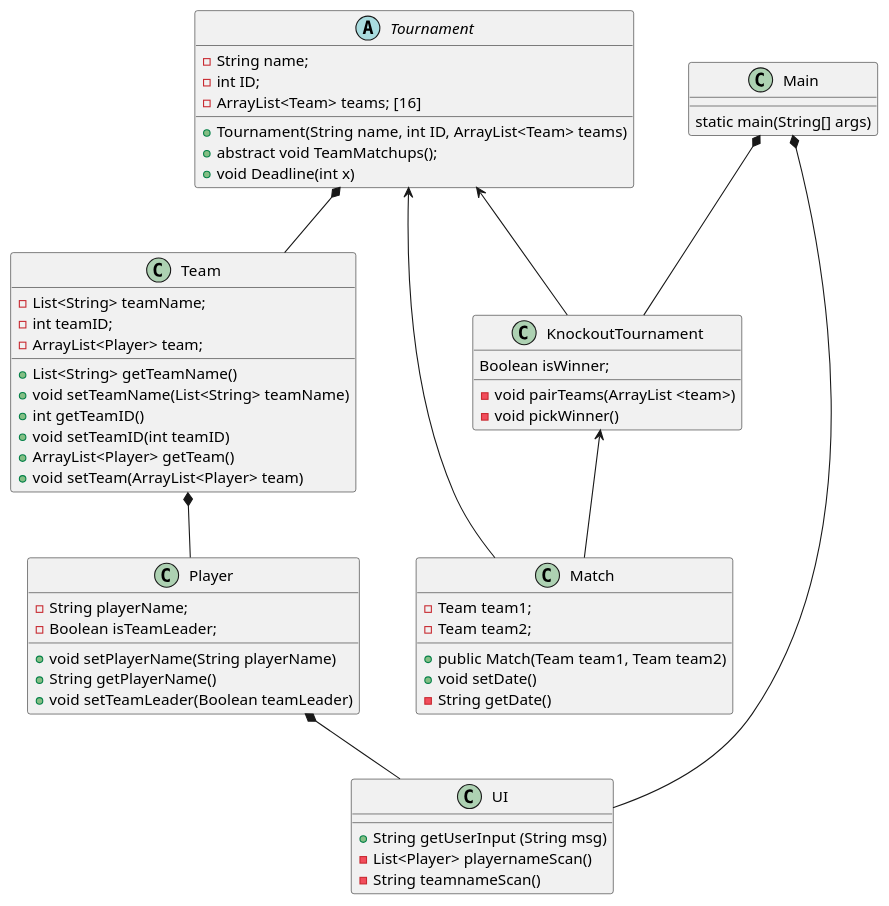
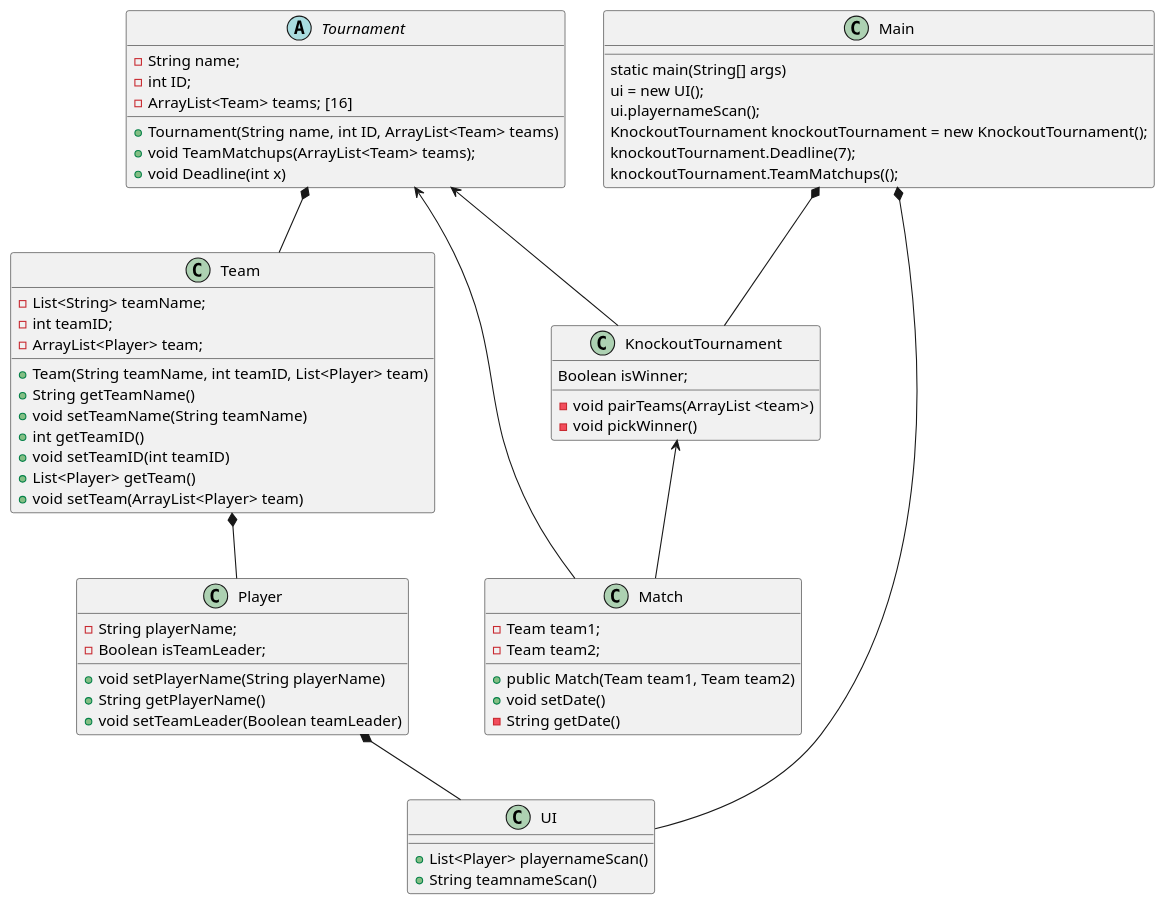
Before and after one commit to SimonLyng/SP3: the diagram in SP3/src/UML/SP3 klasseDiagram.puml, drawn with PlantUML. The commit also changed 8 other files, not shown here.

```diff
--- a/SP3/src/UML/SP3 klasseDiagram.puml
+++ b/SP3/src/UML/SP3 klasseDiagram.puml
@@ -1,70 +1,76 @@
 @startuml
 'https://plantuml.com/class-diagram
 
 Tournament<--KnockoutTournament
 Team*--Player
 Tournament*--Team
 Player*-- UI
 Main*--KnockoutTournament
 KnockoutTournament<-- Match
 Tournament<-- Match
 Main*-- UI
 
 class Player{
 - String playerName;
  -Boolean isTeamLeader;
  +void setPlayerName(String playerName)
  +String getPlayerName()
  +void setTeamLeader(Boolean teamLeader)
 
 }
 
 class Team{
 -List<String> teamName;
 -int teamID;
 -ArrayList<Player> team;
-+List<String> getTeamName()
-+void setTeamName(List<String> teamName)
++Team(String teamName, int teamID, List<Player> team)
++String getTeamName()
++void setTeamName(String teamName)
 +int getTeamID()
 +void setTeamID(int teamID)
-+ArrayList<Player> getTeam()
-+void setTeam(ArrayList<Player> team)
+ +List<Player> getTeam()
+ +void setTeam(ArrayList<Player> team)
 }
 
 abstract class Tournament {
 -String name;
 -int ID;
 -ArrayList<Team> teams; [16]
 +Tournament(String name, int ID, ArrayList<Team> teams)
-+abstract void TeamMatchups();
++ void TeamMatchups(ArrayList<Team> teams);
  +void Deadline(int x)
 
 
 }
 
 class KnockoutTournament {
 Boolean isWinner;
 - void pairTeams(ArrayList <team>)
 -void pickWinner()
 }
 
 class UI {
-+String getUserInput (String msg)
--List<Player> playernameScan()
--String teamnameScan()
++List<Player> playernameScan()
++String teamnameScan()
 }
 
 class Main{
 
 static main(String[] args)
+ ui = new UI();
+ ui.playernameScan();
+ KnockoutTournament knockoutTournament = new KnockoutTournament();
+  knockoutTournament.Deadline(7);
+  knockoutTournament.TeamMatchups(();
+
 }
 
 class Match {
   -Team team1;
   -Team team2;
  + public Match(Team team1, Team team2)
  +void setDate()
  -String getDate()
 
 }
 @enduml
```
